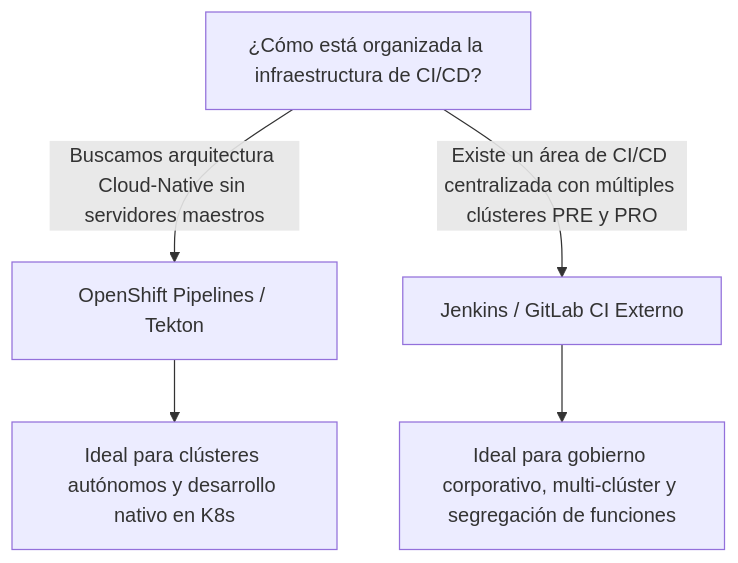
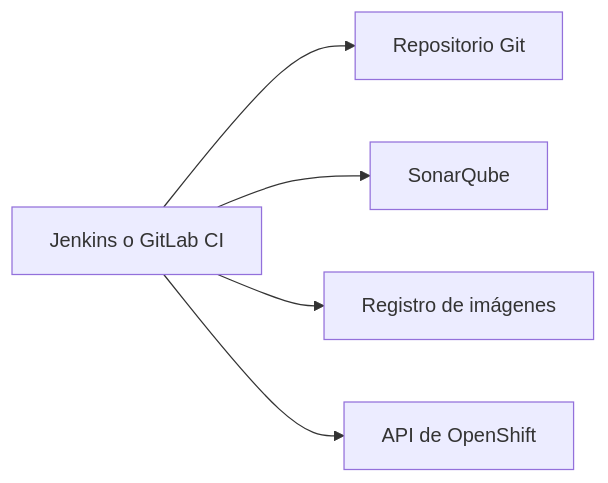
Before and after one commit to ieftraining/curso-openshift: the fourth of 4 diagrams in docs/sesion4/4.7 Opciones de automatizacion.md, drawn with Mermaid. The commit also changed other lines of this file, not shown here.

````diff
--- a/docs/sesion4/4.7 Opciones de automatizacion.md
+++ b/docs/sesion4/4.7 Opciones de automatizacion.md
@@ -163,8 +215,7 @@
 ```mermaid
-flowchart TD
-    A[¿Cómo está organizada la infraestructura de CI/CD?] -->|Buscamos arquitectura Cloud-Native sin servidores maestros| B[OpenShift Pipelines / Tekton]
-    A -->|Existe un área de CI/CD centralizada con múltiples clústeres PRE y PRO| C[Jenkins / GitLab CI Externo]
-    
-    B --> B1[Ideal para clústeres autónomos y desarrollo nativo en K8s]
-    C --> C1[Ideal para gobierno corporativo, multi-clúster y segregación de funciones]
+flowchart LR
+    A[Jenkins o GitLab CI] --> B[Repositorio Git]
+    A --> C[SonarQube]
+    A --> D[Registro de imágenes]
+    A --> E[API de OpenShift]
 ```
````
